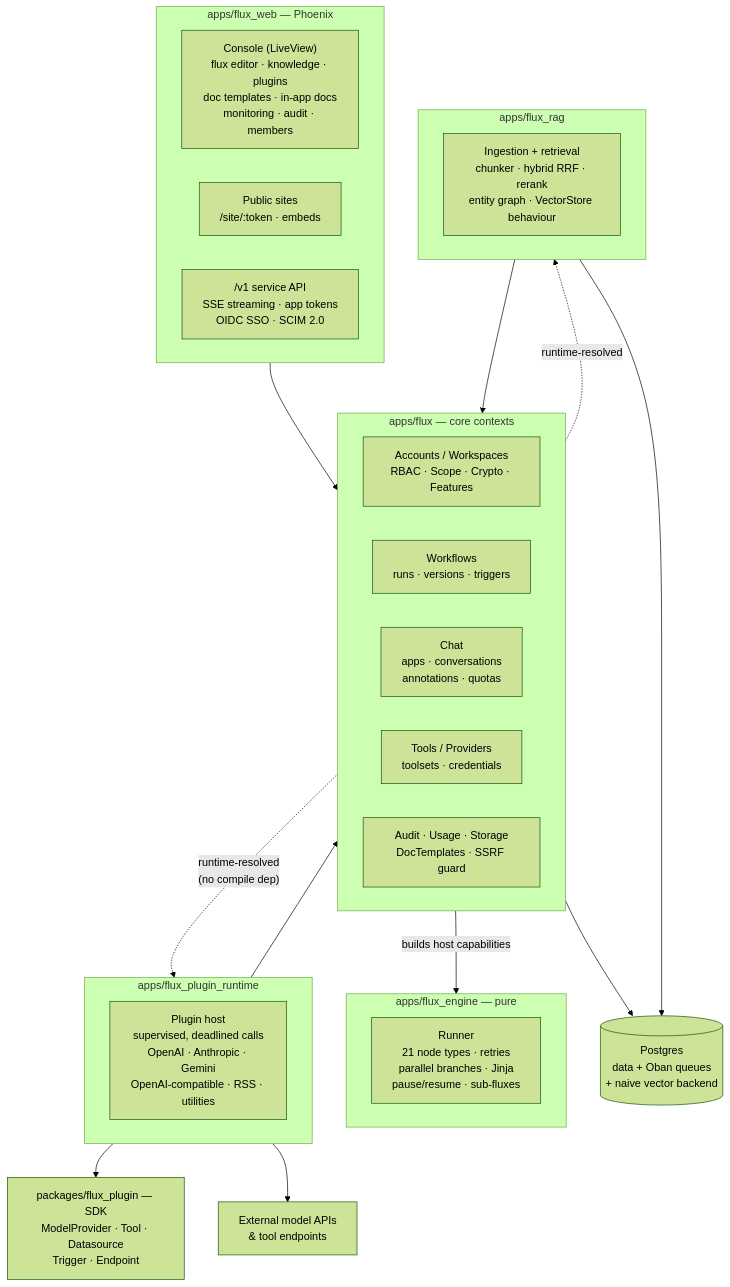
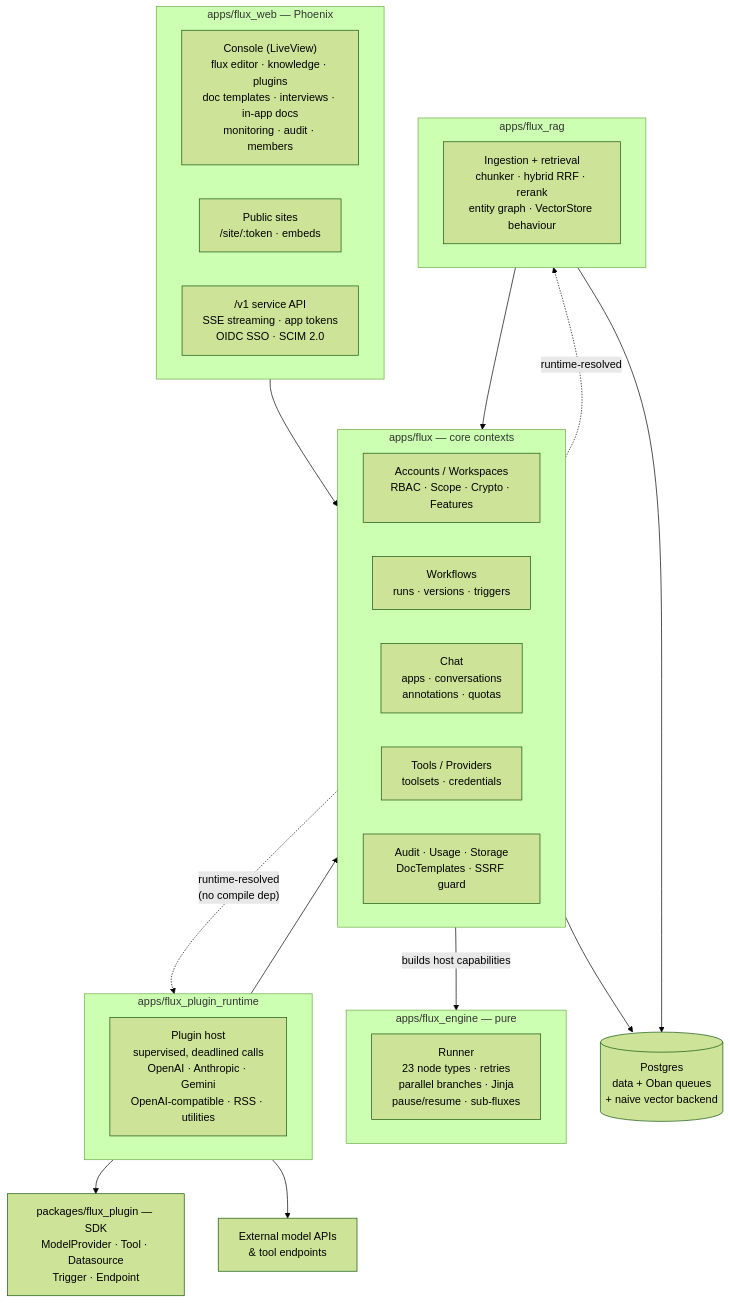
Before and after one commit to canuckasaurus/fluxcapacitor: the first of 2 diagrams in README.md, drawn with Mermaid (forest theme). The commit also changed other lines of this file and 8 other files, not shown here.

````diff
--- a/README.md
+++ b/README.md
@@ -56,44 +59,44 @@
 ```mermaid
 flowchart TB
     subgraph web["apps/flux_web — Phoenix"]
-        console["Console (LiveView)\nflux editor · knowledge · plugins\ndoc templates · in-app docs\nmonitoring · audit · members"]
+        console["Console (LiveView)\nflux editor · knowledge · plugins\ndoc templates · interviews · in-app docs\nmonitoring · audit · members"]
         sites["Public sites\n/site/:token · embeds"]
         api["/v1 service API\nSSE streaming · app tokens\nOIDC SSO · SCIM 2.0"]
     end
 
     subgraph core["apps/flux — core contexts"]
         accounts["Accounts / Workspaces\nRBAC · Scope · Crypto · Features"]
         workflows["Workflows\nruns · versions · triggers"]
         chat["Chat\napps · conversations\nannotations · quotas"]
         tools["Tools / Providers\ntoolsets · credentials"]
         audit["Audit · Usage · Storage\nDocTemplates · SSRF guard"]
     end
 
     subgraph engine["apps/flux_engine — pure"]
-        runner["Runner\n21 node types · retries\nparallel branches · Jinja\npause/resume · sub-fluxes"]
+        runner["Runner\n23 node types · retries\nparallel branches · Jinja\npause/resume · sub-fluxes"]
     end
 
     subgraph runtime["apps/flux_plugin_runtime"]
         plugins["Plugin host\nsupervised, deadlined calls\nOpenAI · Anthropic · Gemini\nOpenAI-compatible · RSS · utilities"]
     end
 
     subgraph rag["apps/flux_rag"]
         pipeline["Ingestion + retrieval\nchunker · hybrid RRF · rerank\nentity graph · VectorStore behaviour"]
     end
 
     sdk["packages/flux_plugin — SDK\nModelProvider · Tool · Datasource\nTrigger · Endpoint"]
 
     pg[("Postgres\ndata + Oban queues\n+ naive vector backend")]
     ext["External model APIs\n& tool endpoints"]
 
     web --> core
     core -->|"builds host capabilities"| engine
     core -.->|"runtime-resolved\n(no compile dep)"| runtime
     core -.->|"runtime-resolved"| rag
     rag --> core
     runtime --> core
     runtime --> sdk
     runtime --> ext
     core --> pg
     rag --> pg
 ```
````
